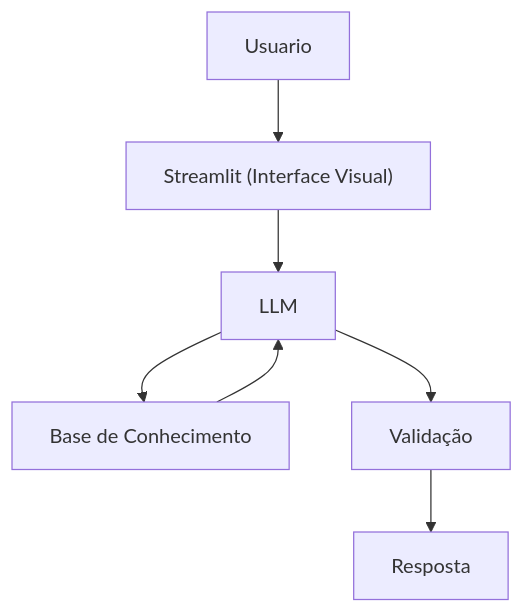
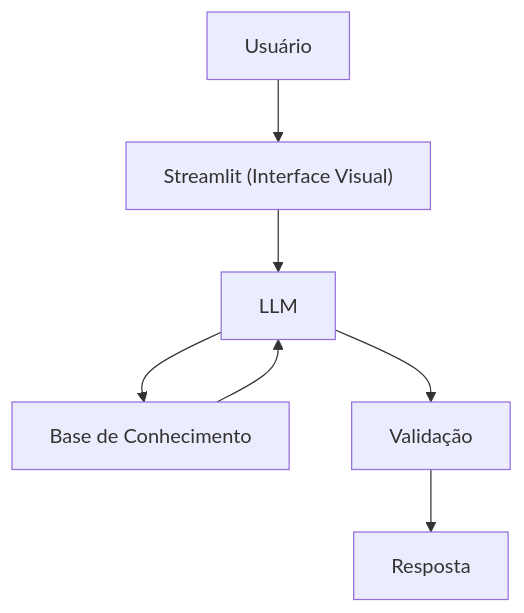
Before and after one commit to diogoazv/dio-lab-bia-do-futuro: the diagram in docs/01-documentacao-agente.md, drawn with Mermaid. The commit also changed other lines of this file, not shown here.

````diff
--- a/docs/01-documentacao-agente.md
+++ b/docs/01-documentacao-agente.md
@@ -52,9 +57,9 @@
 ```mermaid
 flowchart TD
-    A[Usuario] --> B["Streamlit (Interface Visual)"]
+    A[Usuário] --> B["Streamlit (Interface Visual)"]
     B --> C[LLM]
     C --> D[Base de Conhecimento]
     D --> C
     C --> E[Validação]
     E --> F[Resposta]
 ```
````
